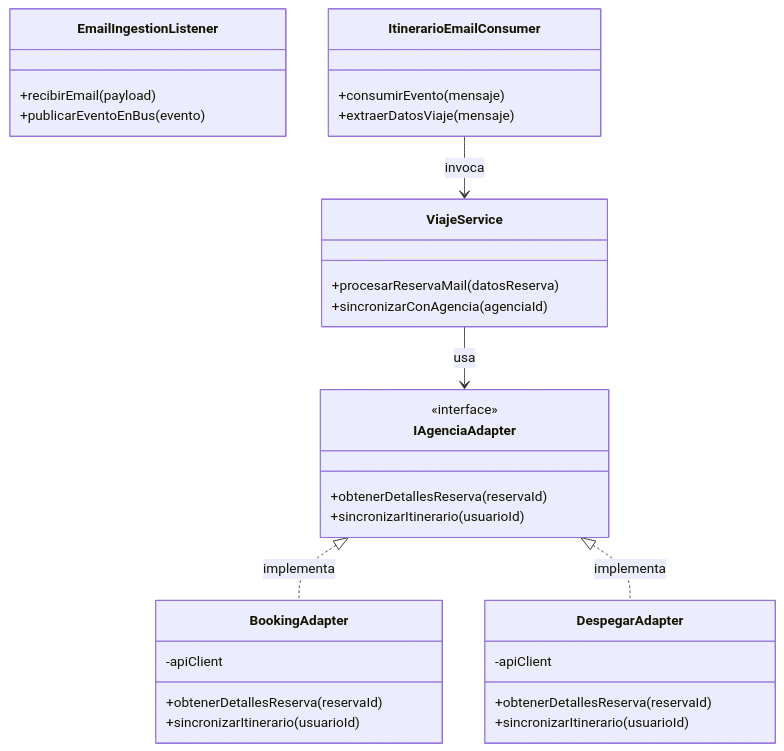
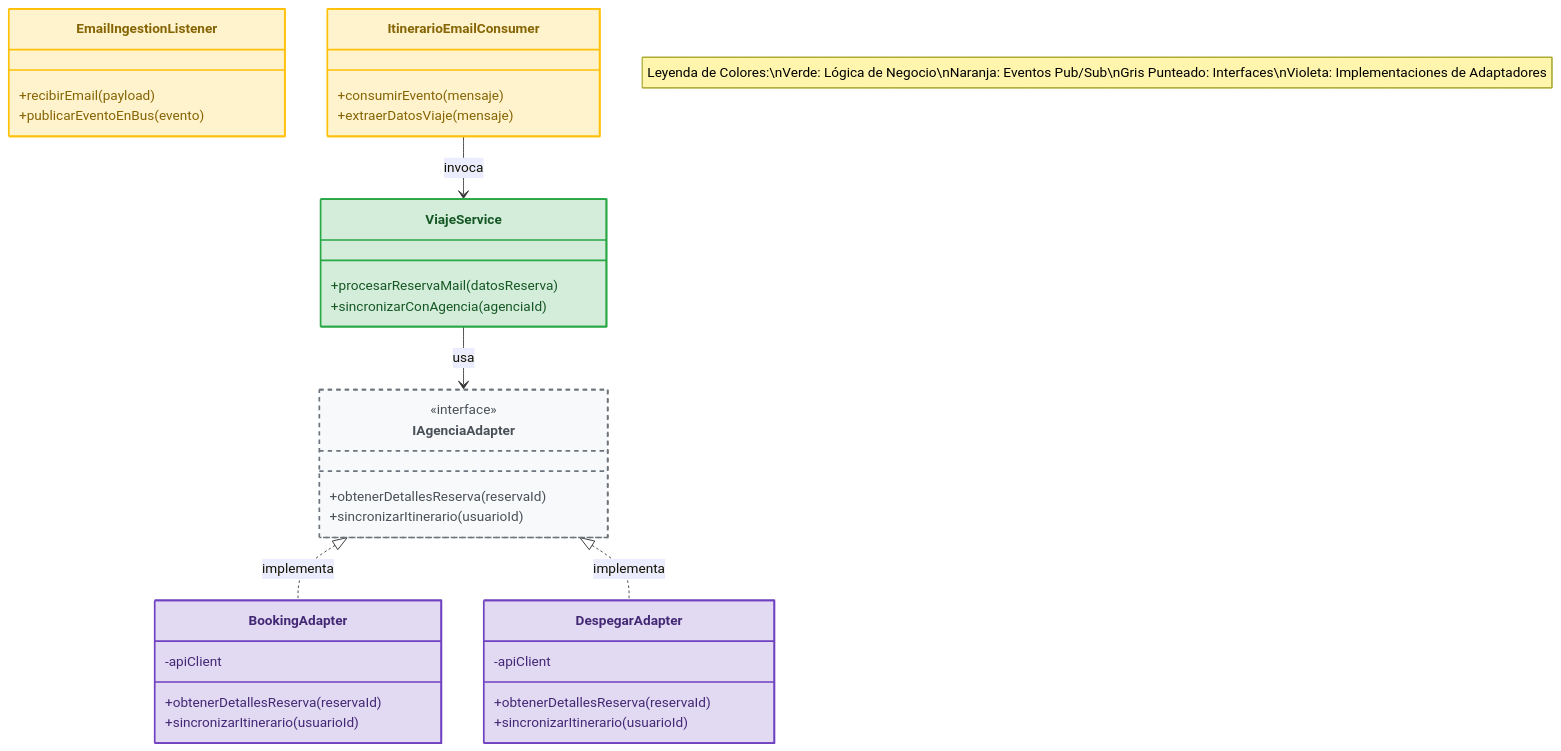
Before and after one commit to ulisesmatteoda/Trotamundos-Grupo23: the second of 2 diagrams in Iteraciones/Iteracion2-Prov.md, drawn with Mermaid. The commit also changed other lines of this file, not shown here.

````diff
--- a/Iteraciones/Iteracion2-Prov.md
+++ b/Iteraciones/Iteracion2-Prov.md
@@ -169,42 +187,55 @@
 ```mermaid
 classDiagram
+    note "Leyenda de Colores:\nVerde: Lógica de Negocio\nNaranja: Eventos Pub/Sub\nGris Punteado: Interfaces\nVioleta: Implementaciones de Adaptadores"
+
     class ViajeService {
         +procesarReservaMail(datosReserva)
         +sincronizarConAgencia(agenciaId)
     }
 
     class IAgenciaAdapter {
         <<interface>>
         +obtenerDetallesReserva(reservaId)
         +sincronizarItinerario(usuarioId)
     }
 
     class BookingAdapter {
         -apiClient
         +obtenerDetallesReserva(reservaId)
         +sincronizarItinerario(usuarioId)
     }
 
     class DespegarAdapter {
         -apiClient
         +obtenerDetallesReserva(reservaId)
         +sincronizarItinerario(usuarioId)
     }
     
     class EmailIngestionListener {
         +recibirEmail(payload)
         +publicarEventoEnBus(evento)
     }
 
     class ItinerarioEmailConsumer {
         +consumirEvento(mensaje)
         +extraerDatosViaje(mensaje)
     }
 
     %% Relaciones de dependencia (allowed-to-use) y realización
     ItinerarioEmailConsumer --> ViajeService : invoca
     ViajeService --> IAgenciaAdapter : usa
     
     IAgenciaAdapter <|.. BookingAdapter : implementa
     IAgenciaAdapter <|.. DespegarAdapter : implementa
+
+    %% Aplicación de colores directos a las clases
+    style ViajeService fill:#d4edda,stroke:#28a745,stroke-width:2px,color:#155724
+    
+    style EmailIngestionListener fill:#fff3cd,stroke:#ffc107,stroke-width:2px,color:#856404
+    style ItinerarioEmailConsumer fill:#fff3cd,stroke:#ffc107,stroke-width:2px,color:#856404
+    
+    style IAgenciaAdapter fill:#f8f9fa,stroke:#6c757d,stroke-width:2px,color:#495057,stroke-dasharray: 5 5
+    
+    style BookingAdapter fill:#e2d9f3,stroke:#6f42c1,stroke-width:2px,color:#432874
+    style DespegarAdapter fill:#e2d9f3,stroke:#6f42c1,stroke-width:2px,color:#432874
 ```
````
